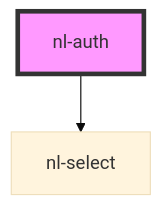
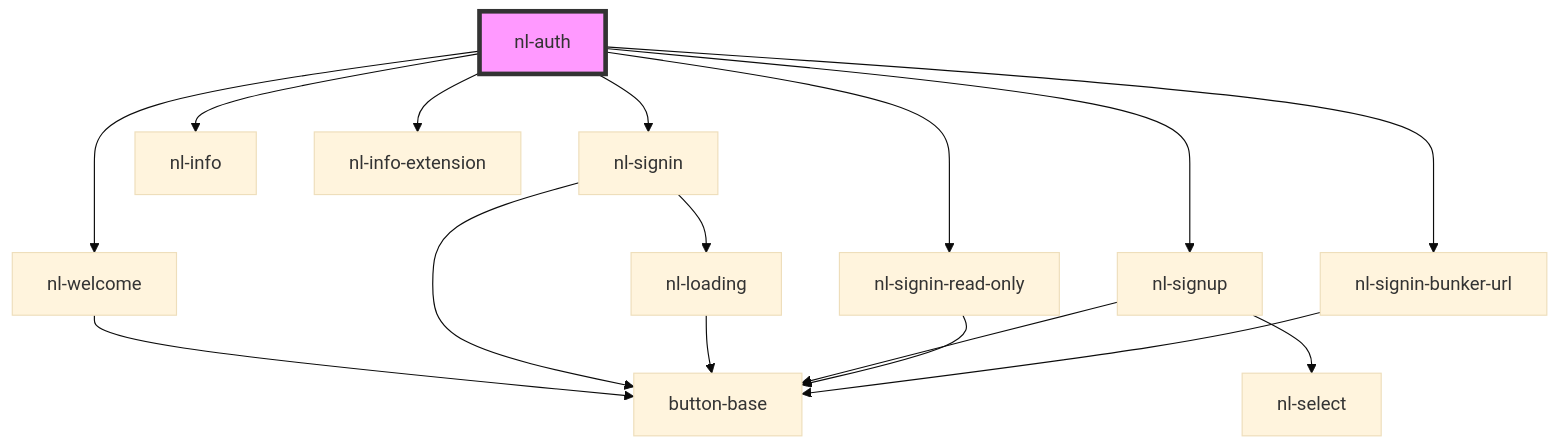
The diagram in packages/components/src/components/nl-auth/readme.md (nostrband/nostr-login), drawn with Mermaid (base theme) before and after one commit. The commit also changed other lines of this file and 46 other files, not shown here.

````diff
--- a/packages/components/src/components/nl-auth/readme.md
+++ b/packages/components/src/components/nl-auth/readme.md
@@ -33,5 +39,19 @@
 ```mermaid
 graph TD;
-  nl-auth --> nl-select
+  nl-auth --> nl-welcome
+  nl-auth --> nl-signin
+  nl-auth --> nl-signup
+  nl-auth --> nl-info
+  nl-auth --> nl-info-extension
+  nl-auth --> nl-signin-read-only
+  nl-auth --> nl-signin-bunker-url
+  nl-welcome --> button-base
+  nl-signin --> nl-loading
+  nl-signin --> button-base
+  nl-loading --> button-base
+  nl-signup --> nl-select
+  nl-signup --> button-base
+  nl-signin-read-only --> button-base
+  nl-signin-bunker-url --> button-base
   style nl-auth fill:#f9f,stroke:#333,stroke-width:4px
 ```
````
